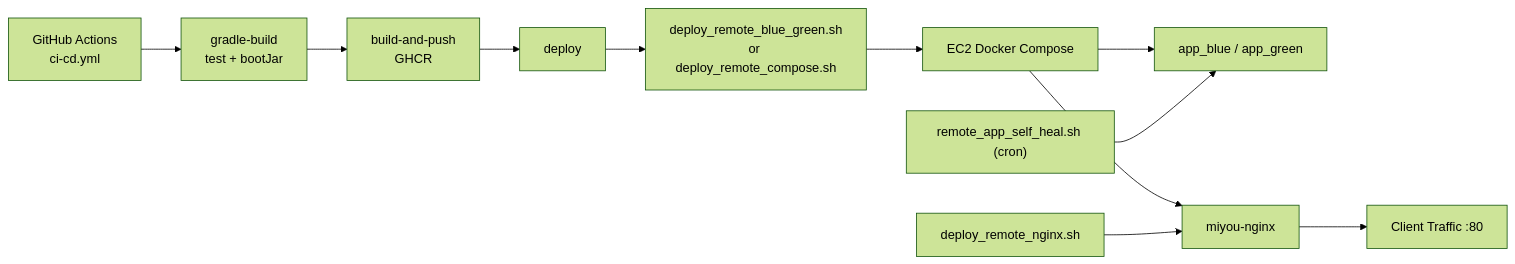
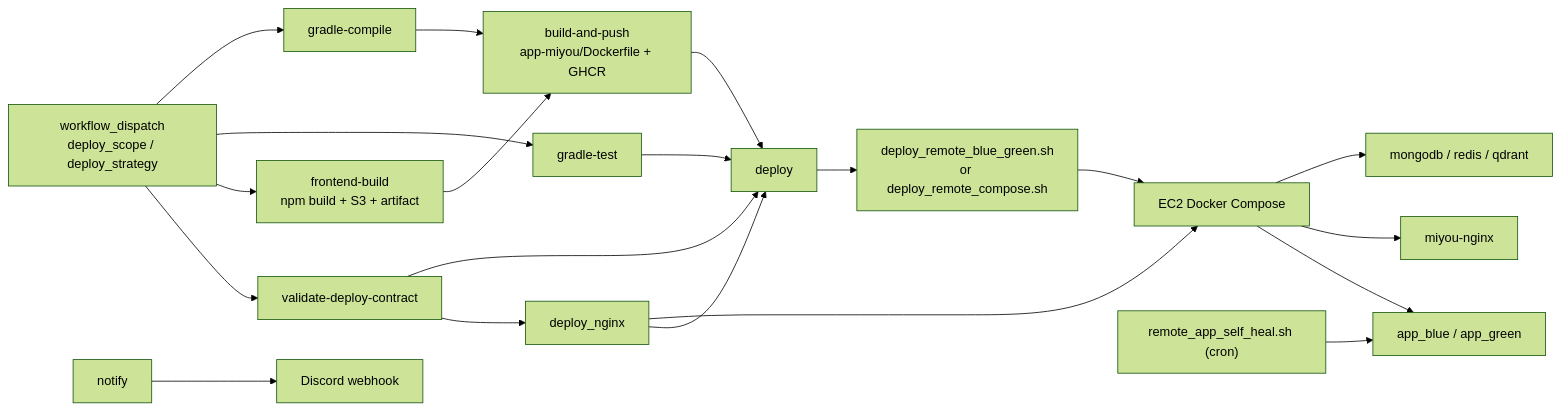
One commit to ImGdevel/MIYOU_ai-voice-chat changed the first of 2 diagrams in docs/spec/tech/nginx-cicd-deploy/README.md. Above: the diagram before and after it, drawn with Mermaid (forest theme). The commit also changed other lines of this file and 2 other files, not shown here.

Commit message:
chore: ci-cd codeql 수정

````diff
--- a/docs/spec/tech/nginx-cicd-deploy/README.md
+++ b/docs/spec/tech/nginx-cicd-deploy/README.md
@@ -37,13 +37,22 @@
 ```mermaid
 flowchart LR
-  A["GitHub Actions<br/>ci-cd.yml"] --> B["gradle-build<br/>test + bootJar"]
-  B --> C["build-and-push<br/>GHCR"]
-  C --> D["deploy"]
-  D --> E["deploy_remote_blue_green.sh<br/>or deploy_remote_compose.sh"]
-  E --> F["EC2 Docker Compose"]
-  F --> G["app_blue / app_green"]
-  F --> H["miyou-nginx"]
-  H --> I["Client Traffic :80"]
-  J["deploy_remote_nginx.sh"] --> H
-  K["remote_app_self_heal.sh (cron)"] --> G
+  A["workflow_dispatch<br/>deploy_scope / deploy_strategy"] --> B["validate-deploy-contract"]
+  A --> C["frontend-build<br/>npm build + S3 + artifact"]
+  A --> D["gradle-test"]
+  A --> E["gradle-compile"]
+  B --> F["deploy_nginx"]
+  C --> G["build-and-push<br/>app-miyou/Dockerfile + GHCR"]
+  E --> G
+  D --> H["deploy"]
+  B --> H
+  F --> H
+  G --> H
+  H --> I["deploy_remote_blue_green.sh<br/>or deploy_remote_compose.sh"]
+  I --> J["EC2 Docker Compose"]
+  F --> J
+  J --> K["app_blue / app_green"]
+  J --> L["miyou-nginx"]
+  J --> M["mongodb / redis / qdrant"]
+  N["remote_app_self_heal.sh (cron)"] --> K
+  O["notify"] --> P["Discord webhook"]
 ```
````
